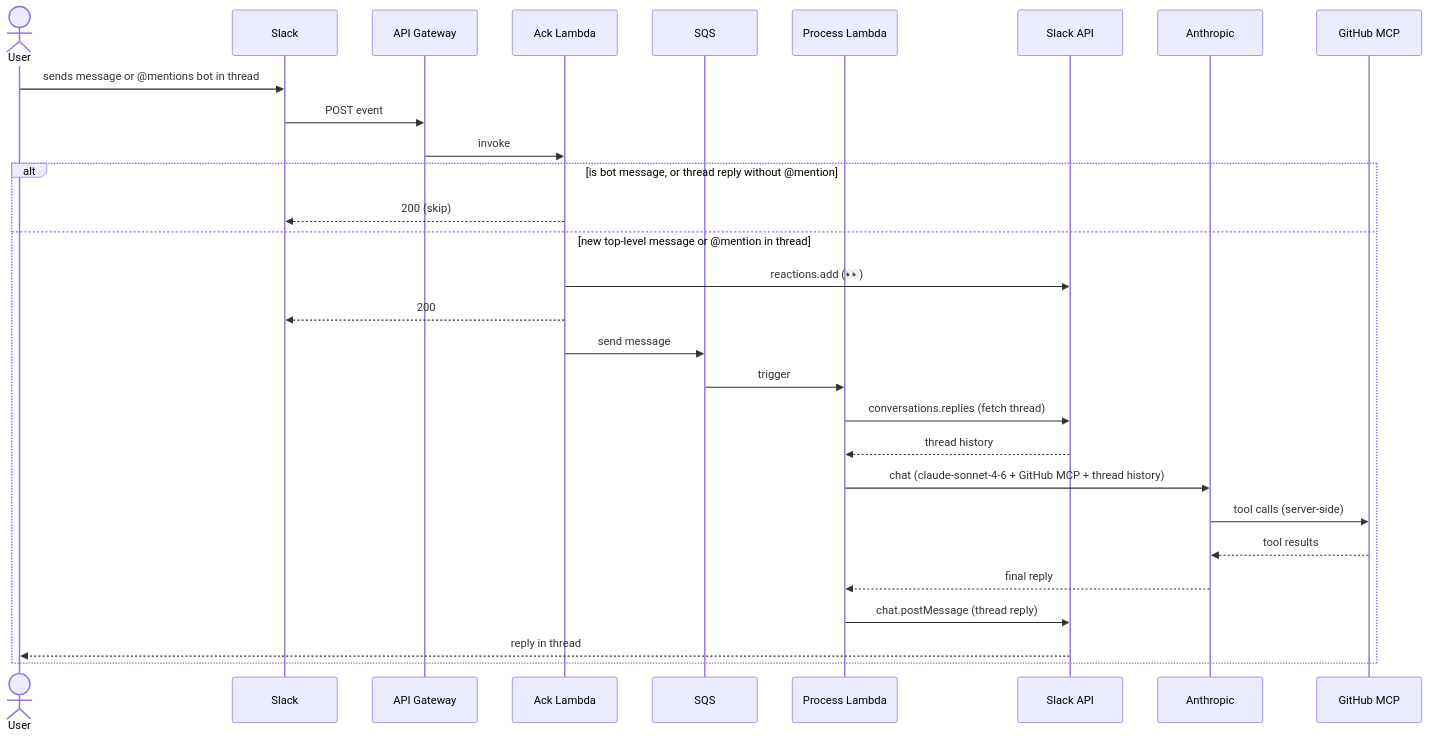
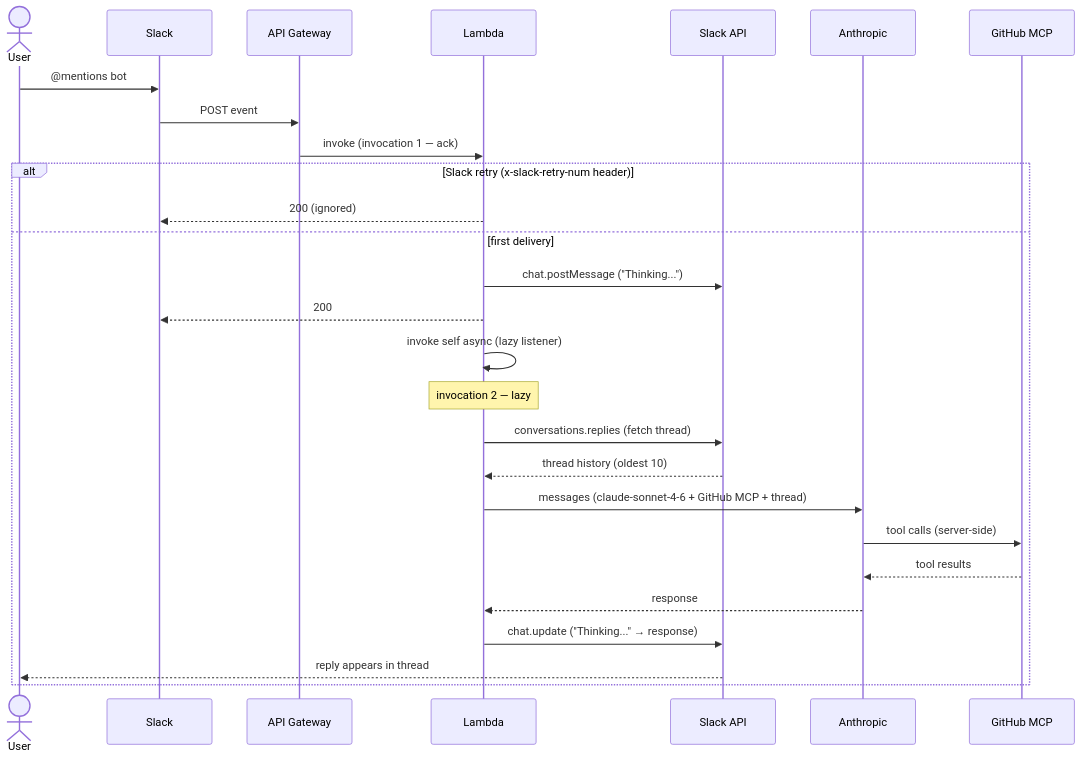
The second of 2 diagrams in README.md (alecryan88/slack_bot), drawn with Mermaid before and after one commit. The commit also changed other lines of this file and 31 other files, not shown here.

````diff
--- a/README.md
+++ b/README.md
@@ -25,33 +25,32 @@
 ```mermaid
 sequenceDiagram
     actor User
     participant Slack
     participant API Gateway
-    participant Ack Lambda
-    participant SQS
-    participant Process Lambda
+    participant Lambda
     participant Slack API
     participant Anthropic
     participant GitHub MCP
 
-    User->>Slack: sends message or @mentions bot in thread
+    User->>Slack: @mentions bot
     Slack->>API Gateway: POST event
-    API Gateway->>Ack Lambda: invoke
+    API Gateway->>Lambda: invoke (invocation 1 — ack)
 
-    alt is bot message, or thread reply without @mention
-        Ack Lambda-->>Slack: 200 (skip)
-    else new top-level message or @mention in thread
-        Ack Lambda->>Slack API: reactions.add (👀)
-        Ack Lambda-->>Slack: 200
-        Ack Lambda->>SQS: send message
-        SQS->>Process Lambda: trigger
-        Process Lambda->>Slack API: conversations.replies (fetch thread)
-        Slack API-->>Process Lambda: thread history
-        Process Lambda->>Anthropic: chat (claude-sonnet-4-6 + GitHub MCP + thread history)
+    alt Slack retry (x-slack-retry-num header)
+        Lambda-->>Slack: 200 (ignored)
+    else first delivery
+        Lambda->>Slack API: chat.postMessage ("Thinking...")
+        Lambda-->>Slack: 200
+        Lambda->>Lambda: invoke self async (lazy listener)
+
+        Note over Lambda: invocation 2 — lazy
+        Lambda->>Slack API: conversations.replies (fetch thread)
+        Slack API-->>Lambda: thread history (oldest 10)
+        Lambda->>Anthropic: messages (claude-sonnet-4-6 + GitHub MCP + thread)
         Anthropic->>GitHub MCP: tool calls (server-side)
         GitHub MCP-->>Anthropic: tool results
-        Anthropic-->>Process Lambda: final reply
-        Process Lambda->>Slack API: chat.postMessage (thread reply)
-        Slack API-->>User: reply in thread
+        Anthropic-->>Lambda: response
+        Lambda->>Slack API: chat.update ("Thinking..." → response)
+        Slack API-->>User: reply appears in thread
     end
 ```
````
